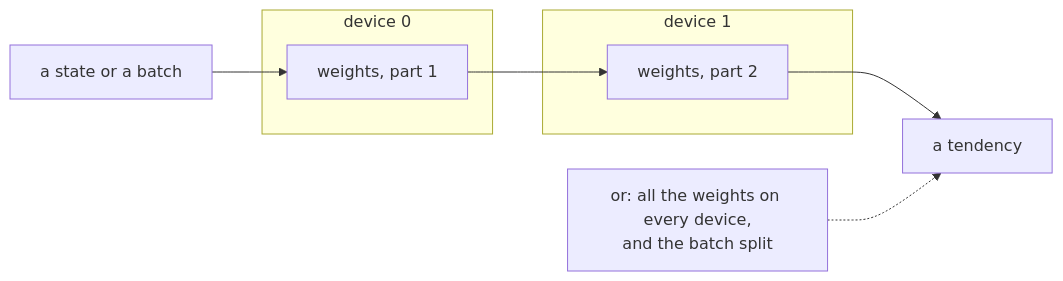
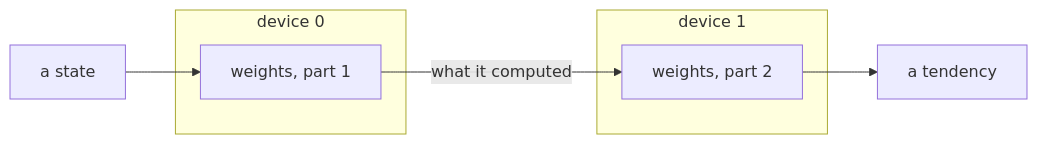
Before and after one commit to jejjohnson/sesmax: the seventh of 9 diagrams in docs/design/sesmax_scaling.md, drawn with Mermaid. The commit also changed other lines of this file, not shown here.

Commit message:
docs(design): scaling as identify, split, apply, combine, with five ways to split

````diff
--- a/docs/design/sesmax_scaling.md
+++ b/docs/design/sesmax_scaling.md
@@ -267,11 +322,10 @@
 ```mermaid
 flowchart LR
     subgraph d0["device 0"]
         w0["weights, part 1"]
     end
     subgraph d1["device 1"]
         w1["weights, part 2"]
     end
-    x["a state or a batch"] --> w0 --> w1 --> y["a tendency"]
-    data["or: all the weights on every device,<br/>and the batch split"] -.-> y
+    x["a state"] --> w0 -->|"what it computed"| w1 --> y["a tendency"]
 ```
````
